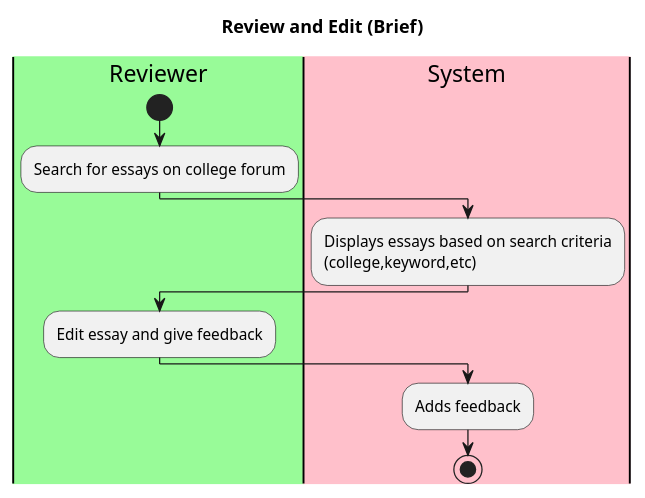
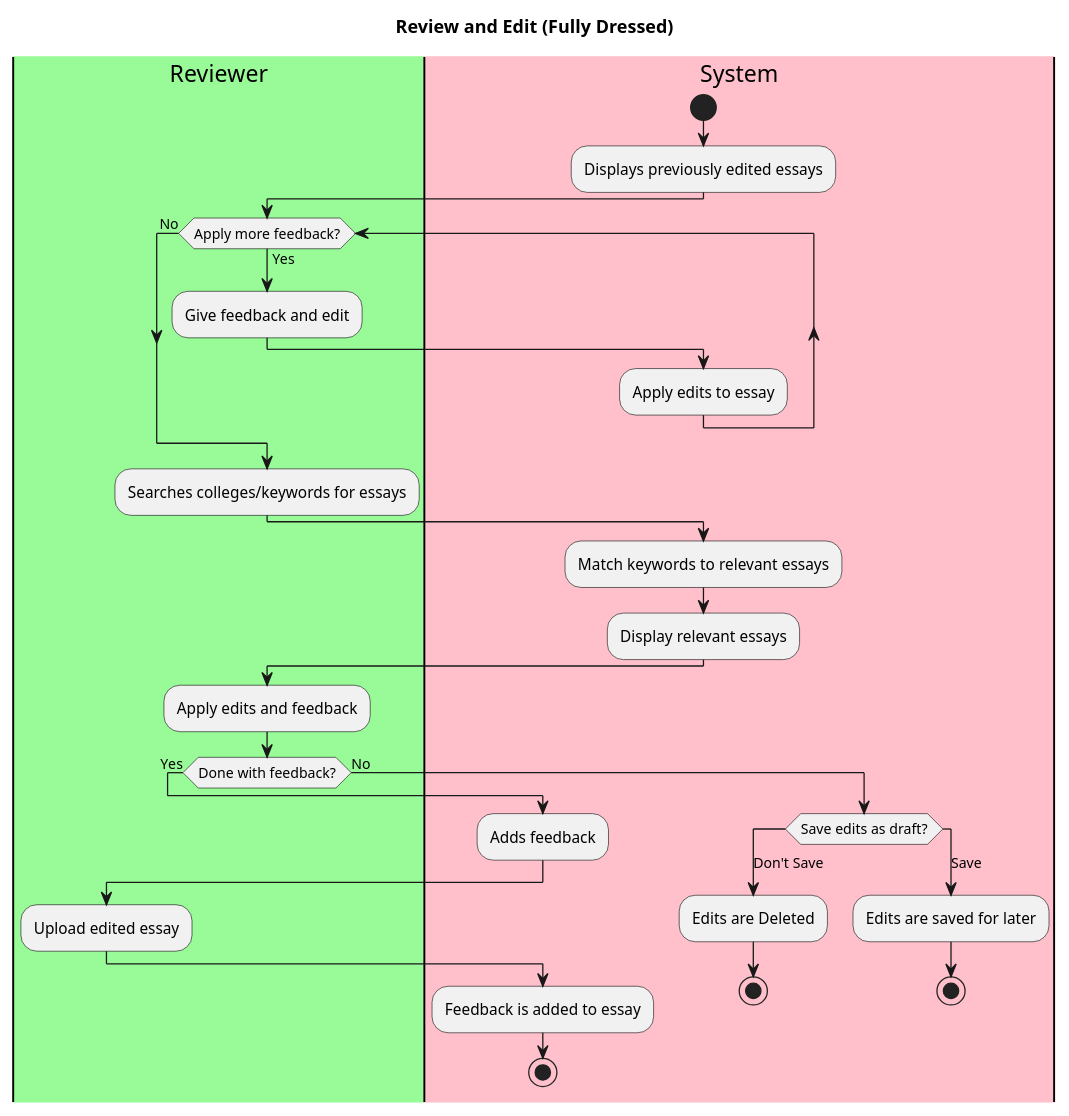
The diagram in intellij/doc/use-cases/reviewessays.md (jlederer33/Essay-Review-App), drawn with PlantUML before and after one commit. The commit also changed 3 other files, not shown here.

````diff
--- a/intellij/doc/use-cases/reviewessays.md
+++ b/intellij/doc/use-cases/reviewessays.md
@@ -15,18 +15,40 @@
 ```plantuml
-title Review and Edit (Brief)
+title Review and Edit (Fully Dressed)
 
 |#palegreen|Reviewer|
 |#pink|System|
 
+|System|
+start
+:Displays previously edited essays;
 |Reviewer|
-start
-:Search for essays on college forum;
+while (Apply more feedback?) is (Yes)
+:Give feedback and edit;
 |System|
-:Displays essays based on search criteria
-(college,keyword,etc);
+:Apply edits to essay;
+endwhile (No)
 |Reviewer|
-:Edit essay and give feedback;
+:Searches colleges/keywords for essays;
+|System|
+:Match keywords to relevant essays;
+:Display relevant essays;
+|Reviewer|
+:Apply edits and feedback;
+if (Done with feedback?) then (Yes)
 |System|
 :Adds feedback;
+|Reviewer|
+:Upload edited essay;
+|System|
+:Feedback is added to essay;
 stop
+else(No)
+Switch (Save edits as draft?)
+Case(Don't Save)
+|System|
+:Edits are Deleted;
+stop
+Case(Save)
+:Edits are saved for later;
+Stop
 ```
````
